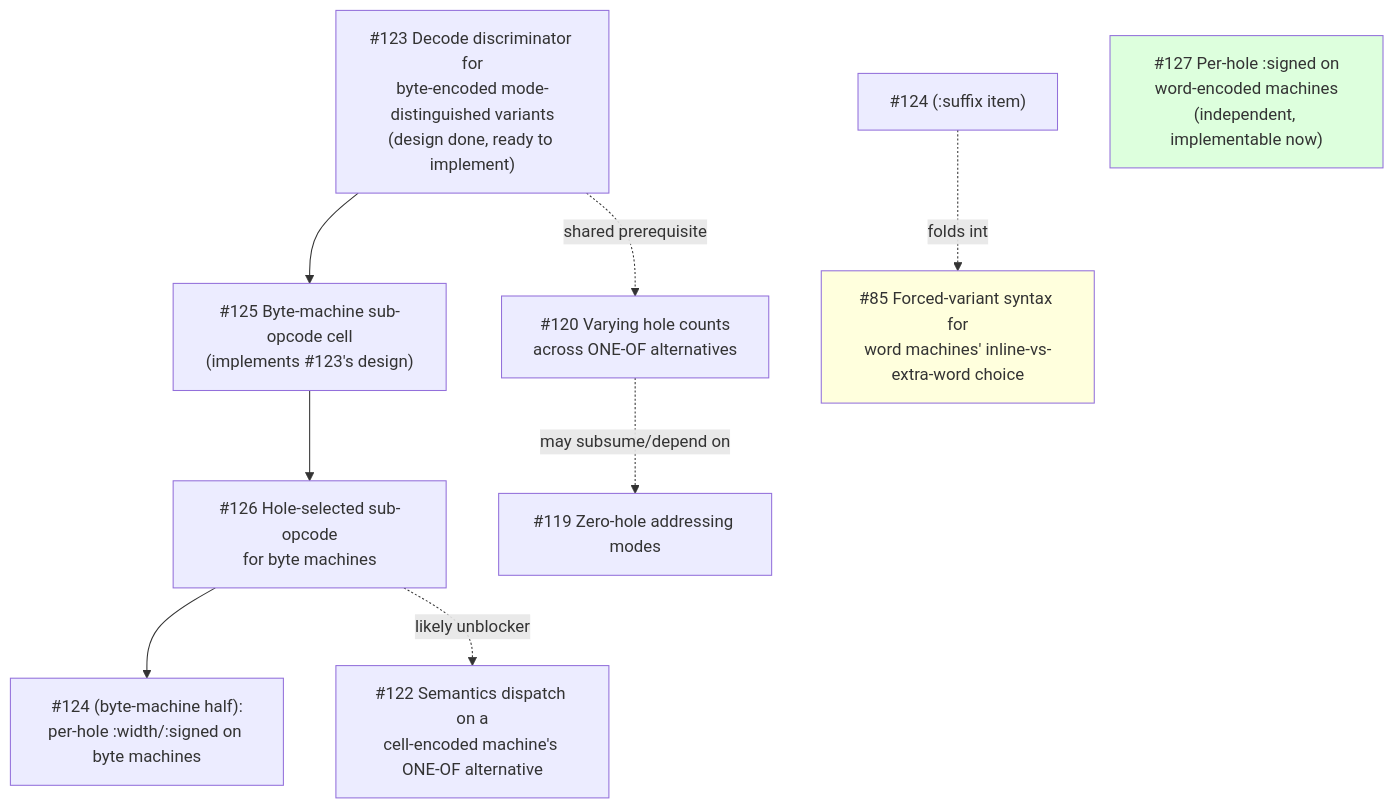
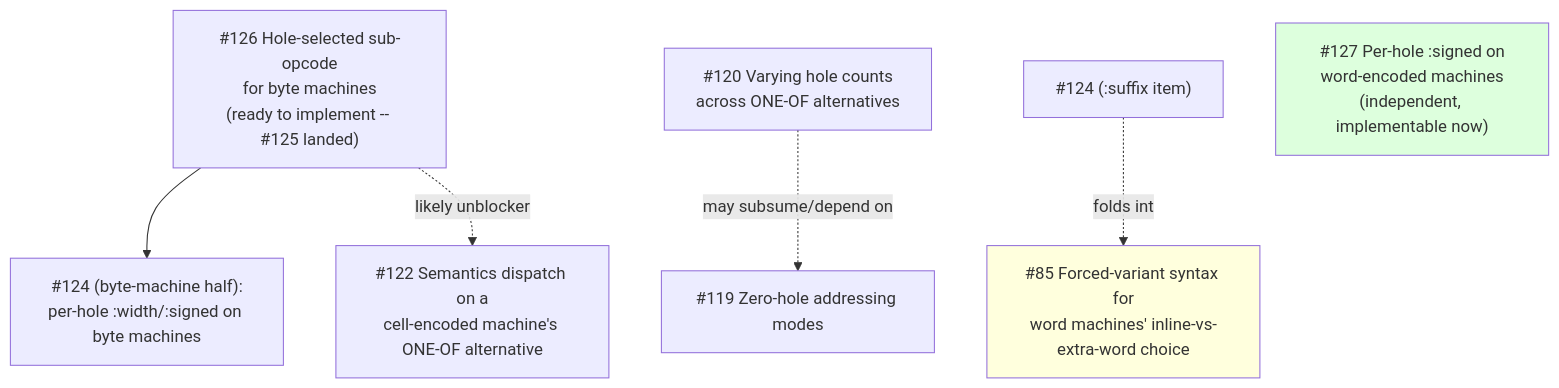
Before and after one commit to takeiteasy/lasm: the diagram in docs/tickets.md, drawn with Mermaid. The commit also changed other lines of this file and 8 other files, not shown here.

First line of the commit message:
Add byte-machine sub-opcode cell (#123, #125)

````diff
--- a/docs/tickets.md
+++ b/docs/tickets.md
@@ -20,24 +20,19 @@
 ```mermaid
 graph TD
-    T123["#123 Decode discriminator for\nbyte-encoded mode-distinguished variants\n(design done, ready to implement)"]
-    T125["#125 Byte-machine sub-opcode cell\n(implements #123's design)"]
-    T126["#126 Hole-selected sub-opcode\nfor byte machines"]
+    T126["#126 Hole-selected sub-opcode\nfor byte machines\n(ready to implement -- #125 landed)"]
     T124b["#124 (byte-machine half):\nper-hole :width/:signed on byte machines"]
     T122["#122 Semantics dispatch on a\ncell-encoded machine's ONE-OF alternative"]
     T120["#120 Varying hole counts\nacross ONE-OF alternatives"]
     T119["#119 Zero-hole addressing modes"]
     T85["#85 Forced-variant syntax for\nword machines' inline-vs-extra-word choice"]
     T124s["#124 (:suffix item)"]
     T127["#127 Per-hole :signed on\nword-encoded machines\n(independent, implementable now)"]
 
-    T123 --> T125
-    T125 --> T126
     T126 --> T124b
     T126 -.likely unblocker.-> T122
-    T123 -.shared prerequisite.-> T120
     T120 -.may subsume/depend on.-> T119
     T124s -.folds into.-> T85
 
     style T127 fill:#dfd
     style T85 fill:#ffd
 ```
````
